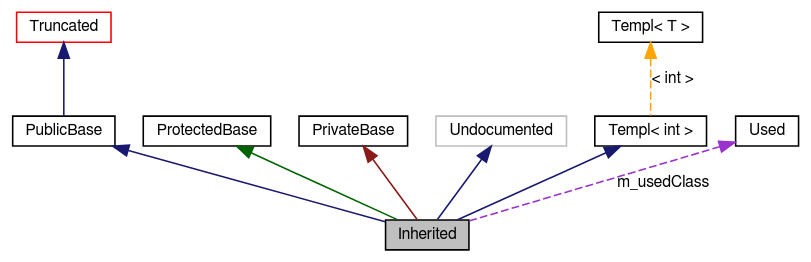
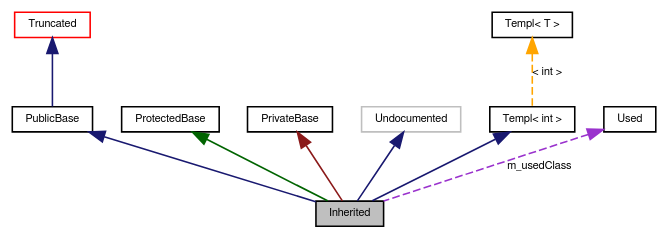
One commit to itplaying/apns-php changed the diagram in reference/graph_legend.dot. Above: the diagram before and after it, drawn with Graphviz. The commit also changed 255 other files, not shown here.

```diff
--- a/reference/graph_legend.dot
+++ b/reference/graph_legend.dot
@@ -1,23 +1,23 @@
 digraph G
 {
   bgcolor="transparent";
-  edge [fontname="FreeSans",fontsize="10",labelfontname="FreeSans",labelfontsize="10"];
-  node [fontname="FreeSans",fontsize="10",shape=record];
-  Node9 [shape="box",label="Inherited",fontsize="10",height=0.2,width=0.4,fontname="FreeSans",fillcolor="grey75",style="filled" fontcolor="black"];
-  Node10 -> Node9 [dir=back,color="midnightblue",fontsize="10",style="solid",fontname="FreeSans"];
-  Node10 [shape="box",label="PublicBase",fontsize="10",height=0.2,width=0.4,fontname="FreeSans",color="black",URL="$classPublicBase.html"];
-  Node11 -> Node10 [dir=back,color="midnightblue",fontsize="10",style="solid",fontname="FreeSans"];
-  Node11 [shape="box",label="Truncated",fontsize="10",height=0.2,width=0.4,fontname="FreeSans",color="red",URL="$classTruncated.html"];
-  Node13 -> Node9 [dir=back,color="darkgreen",fontsize="10",style="solid",fontname="FreeSans"];
-  Node13 [shape="box",label="ProtectedBase",fontsize="10",height=0.2,width=0.4,fontname="FreeSans",color="black",URL="$classProtectedBase.html"];
-  Node14 -> Node9 [dir=back,color="firebrick4",fontsize="10",style="solid",fontname="FreeSans"];
-  Node14 [shape="box",label="PrivateBase",fontsize="10",height=0.2,width=0.4,fontname="FreeSans",color="black",URL="$classPrivateBase.html"];
-  Node15 -> Node9 [dir=back,color="midnightblue",fontsize="10",style="solid",fontname="FreeSans"];
-  Node15 [shape="box",label="Undocumented",fontsize="10",height=0.2,width=0.4,fontname="FreeSans",color="grey75"];
-  Node16 -> Node9 [dir=back,color="midnightblue",fontsize="10",style="solid",fontname="FreeSans"];
-  Node16 [shape="box",label="Templ< int >",fontsize="10",height=0.2,width=0.4,fontname="FreeSans",color="black",URL="$classTempl.html"];
-  Node17 -> Node16 [dir=back,color="orange",fontsize="10",style="dashed",label="< int >",fontname="FreeSans"];
-  Node17 [shape="box",label="Templ< T >",fontsize="10",height=0.2,width=0.4,fontname="FreeSans",color="black",URL="$classTempl.html"];
-  Node18 -> Node9 [dir=back,color="darkorchid3",fontsize="10",style="dashed",label="m_usedClass",fontname="FreeSans"];
-  Node18 [shape="box",label="Used",fontsize="10",height=0.2,width=0.4,fontname="FreeSans",color="black",URL="$classUsed.html"];
+  edge [fontname="FreeSans",fontsize="7",labelfontname="FreeSans",labelfontsize="7"];
+  node [fontname="FreeSans",fontsize="7",shape=record];
+  Node9 [shape="box",label="Inherited",fontsize="7",height=0.2,width=0.4,fontname="FreeSans",fillcolor="grey75",style="filled" fontcolor="black"];
+  Node10 -> Node9 [dir=back,color="midnightblue",fontsize="7",style="solid",fontname="FreeSans"];
+  Node10 [shape="box",label="PublicBase",fontsize="7",height=0.2,width=0.4,fontname="FreeSans",color="black",URL="$classPublicBase.html"];
+  Node11 -> Node10 [dir=back,color="midnightblue",fontsize="7",style="solid",fontname="FreeSans"];
+  Node11 [shape="box",label="Truncated",fontsize="7",height=0.2,width=0.4,fontname="FreeSans",color="red",URL="$classTruncated.html"];
+  Node13 -> Node9 [dir=back,color="darkgreen",fontsize="7",style="solid",fontname="FreeSans"];
+  Node13 [shape="box",label="ProtectedBase",fontsize="7",height=0.2,width=0.4,fontname="FreeSans",color="black",URL="$classProtectedBase.html"];
+  Node14 -> Node9 [dir=back,color="firebrick4",fontsize="7",style="solid",fontname="FreeSans"];
+  Node14 [shape="box",label="PrivateBase",fontsize="7",height=0.2,width=0.4,fontname="FreeSans",color="black",URL="$classPrivateBase.html"];
+  Node15 -> Node9 [dir=back,color="midnightblue",fontsize="7",style="solid",fontname="FreeSans"];
+  Node15 [shape="box",label="Undocumented",fontsize="7",height=0.2,width=0.4,fontname="FreeSans",color="grey75"];
+  Node16 -> Node9 [dir=back,color="midnightblue",fontsize="7",style="solid",fontname="FreeSans"];
+  Node16 [shape="box",label="Templ< int >",fontsize="7",height=0.2,width=0.4,fontname="FreeSans",color="black",URL="$classTempl.html"];
+  Node17 -> Node16 [dir=back,color="orange",fontsize="7",style="dashed",label="< int >",fontname="FreeSans"];
+  Node17 [shape="box",label="Templ< T >",fontsize="7",height=0.2,width=0.4,fontname="FreeSans",color="black",URL="$classTempl.html"];
+  Node18 -> Node9 [dir=back,color="darkorchid3",fontsize="7",style="dashed",label="m_usedClass",fontname="FreeSans"];
+  Node18 [shape="box",label="Used",fontsize="7",height=0.2,width=0.4,fontname="FreeSans",color="black",URL="$classUsed.html"];
 }
```
